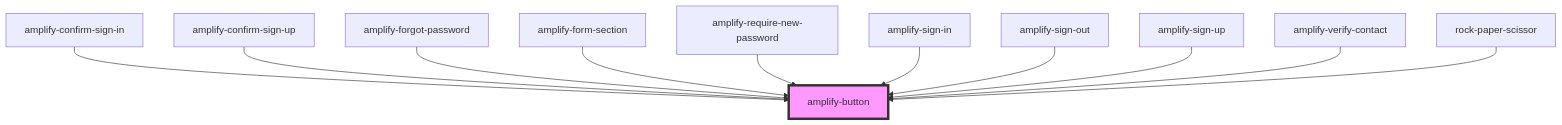
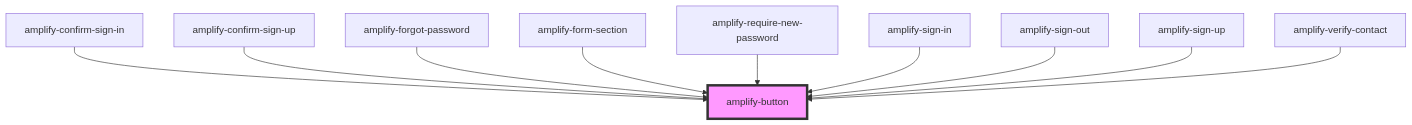
The diagram in packages/amplify-ui-components/src/components/amplify-button/readme.md (OneDev0411/amplify-js), drawn with Mermaid before and after one commit. The commit also changed other lines of this file and 34 other files, not shown here.

````diff
--- a/packages/amplify-ui-components/src/components/amplify-button/readme.md
+++ b/packages/amplify-ui-components/src/components/amplify-button/readme.md
@@ -32,14 +31,13 @@
 ```mermaid
 graph TD;
   amplify-confirm-sign-in --> amplify-button
   amplify-confirm-sign-up --> amplify-button
   amplify-forgot-password --> amplify-button
   amplify-form-section --> amplify-button
   amplify-require-new-password --> amplify-button
   amplify-sign-in --> amplify-button
   amplify-sign-out --> amplify-button
   amplify-sign-up --> amplify-button
   amplify-verify-contact --> amplify-button
-  rock-paper-scissor --> amplify-button
   style amplify-button fill:#f9f,stroke:#333,stroke-width:4px
 ```
````
